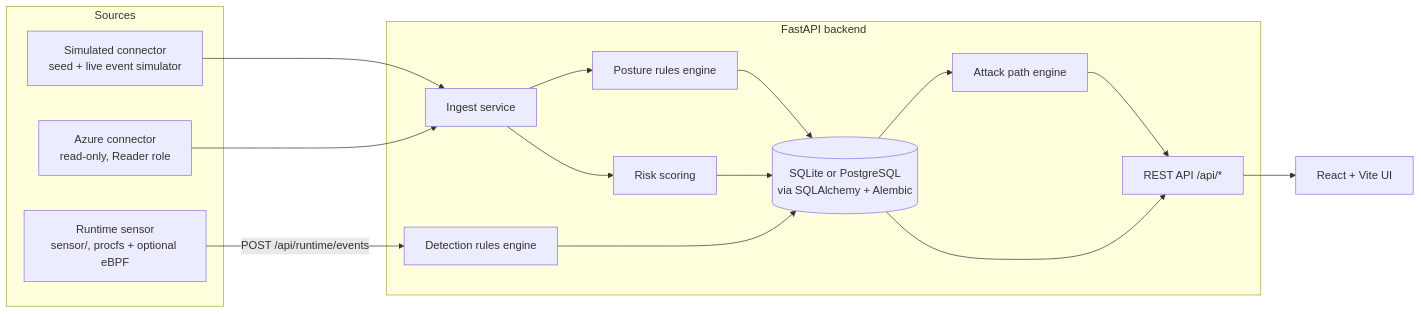
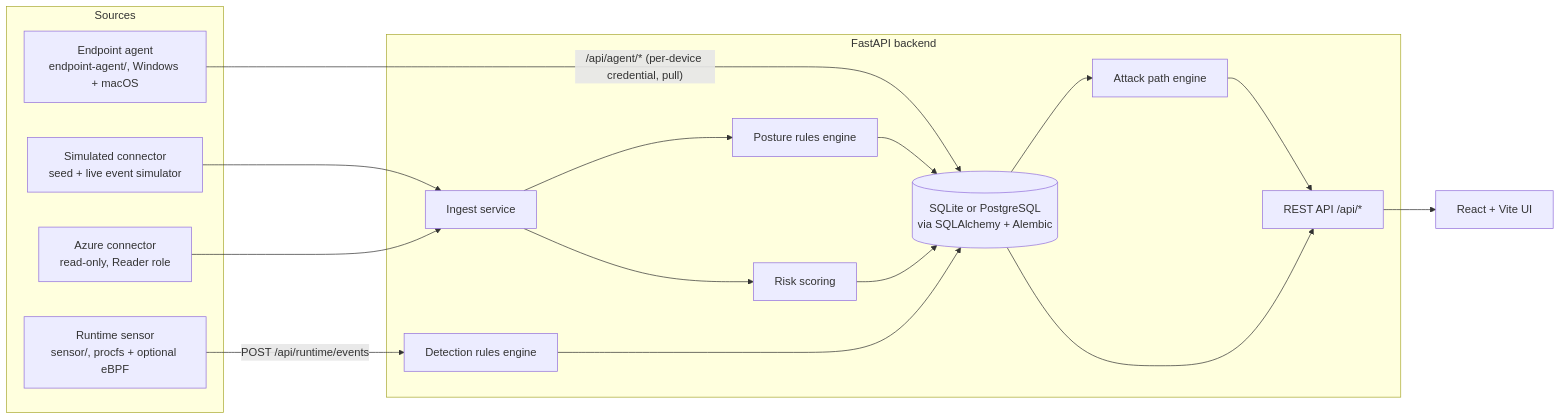
One commit to Amechi-demigod/CloudSecurity changed the diagram in README.md. Above: the diagram before and after it, drawn with Mermaid. The commit also changed other lines of this file and 2 other files, not shown here.

Commit message:
Document device management (architecture, enrollment, data collected, security model, packaging) and link it from README and the Azure guide

````diff
--- a/README.md
+++ b/README.md
@@ -18,28 +18,30 @@
 ```mermaid
 flowchart LR
   subgraph Sources
     SIM[Simulated connector<br/>seed + live event simulator]
     AZ[Azure connector<br/>read-only, Reader role]
     SENSOR[Runtime sensor<br/>sensor/, procfs + optional eBPF]
+    AGENT[Endpoint agent<br/>endpoint-agent/, Windows + macOS]
   end
   subgraph Backend [FastAPI backend]
     ING[Ingest service]
     PR[Posture rules engine]
     DR[Detection rules engine]
     RS[Risk scoring]
     AP[Attack path engine]
     DB[(SQLite or PostgreSQL<br/>via SQLAlchemy + Alembic)]
     API[REST API /api/*]
   end
   UI[React + Vite UI]
 
   SIM --> ING
   AZ --> ING
   SENSOR -- POST /api/runtime/events --> DR
+  AGENT -- "/api/agent/* (per-device credential, pull)" --> DB
   ING --> PR --> DB
   ING --> RS --> DB
   DR --> DB
   DB --> AP --> API
   DB --> API
   API --> UI
 ```
````
